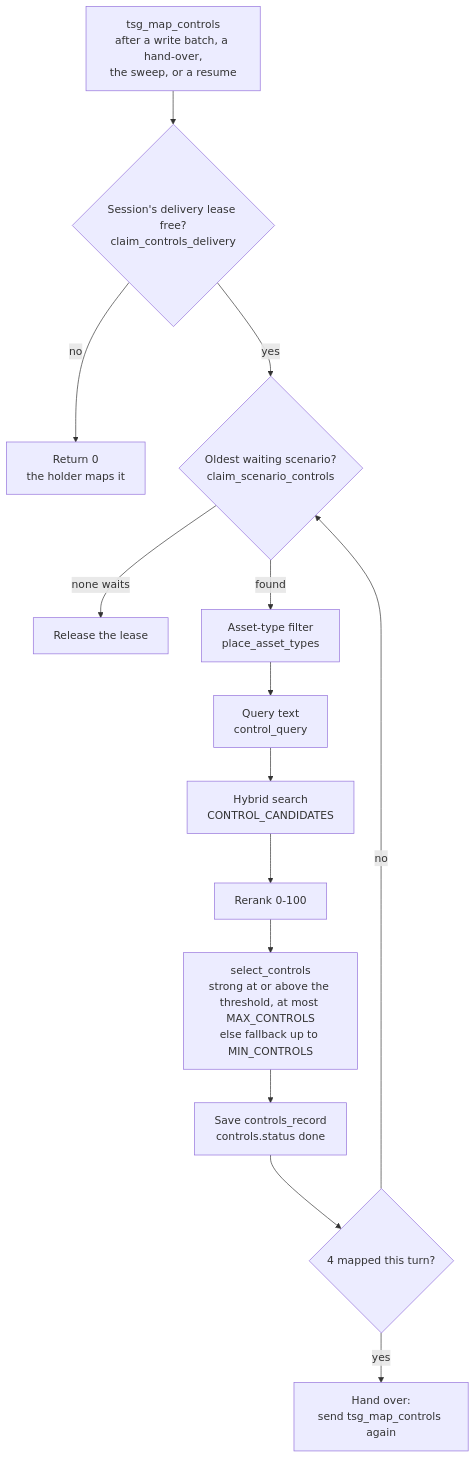
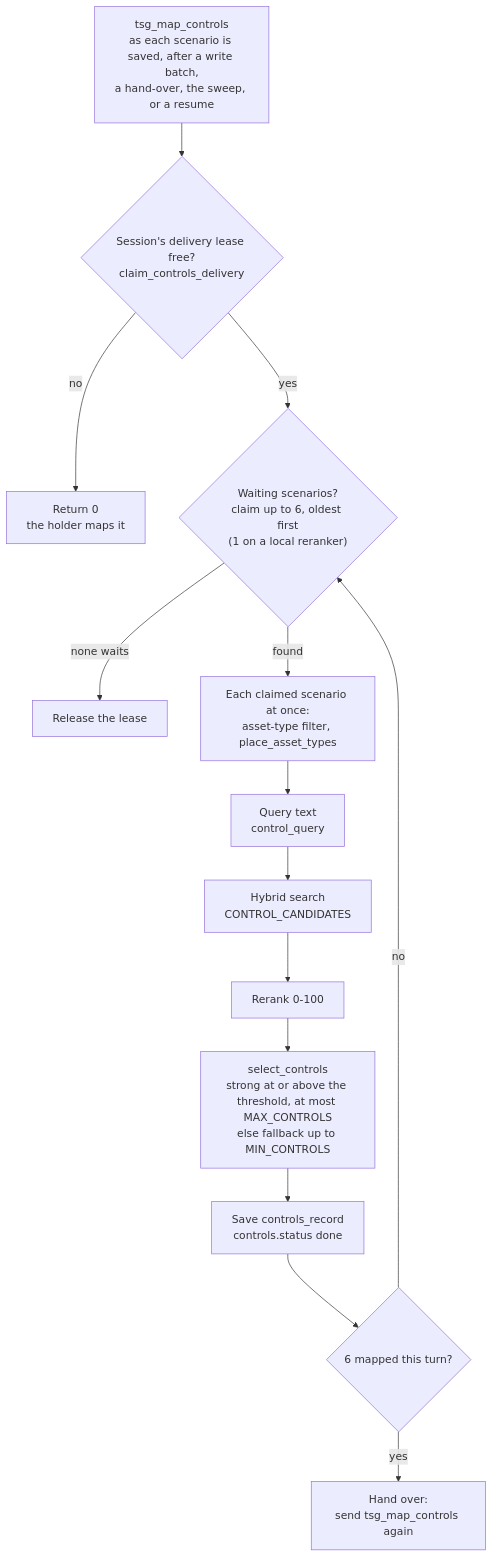
Before and after one commit to gopalchettri/cii: the tenth of 13 diagrams in docs/TSG_END_TO_END_FLOW.md, drawn with Mermaid. The commit also changed other lines of this file and 103 other files, not shown here.

````diff
--- a/docs/TSG_END_TO_END_FLOW.md
+++ b/docs/TSG_END_TO_END_FLOW.md
@@ -2820,16 +2844,16 @@
 ```mermaid
 flowchart TB
-    M["tsg_map_controls<br/>after a write batch, a hand-over,<br/>the sweep, or a resume"] --> L{"Session's delivery lease free?<br/>claim_controls_delivery"}
+    M["tsg_map_controls<br/>as each scenario is saved, after a write batch,<br/>a hand-over, the sweep, or a resume"] --> L{"Session's delivery lease free?<br/>claim_controls_delivery"}
     L -- no --> X["Return 0<br/>the holder maps it"]
-    L -- yes --> C{"Oldest waiting scenario?<br/>claim_scenario_controls"}
+    L -- yes --> C{"Waiting scenarios?<br/>claim up to 6, oldest first<br/>(1 on a local reranker)"}
     C -- "none waits" --> RL["Release the lease"]
-    C -- found --> F["Asset-type filter<br/>place_asset_types"]
+    C -- found --> F["Each claimed scenario at once:<br/>asset-type filter, place_asset_types"]
     F --> Q["Query text<br/>control_query"]
     Q --> S["Hybrid search<br/>CONTROL_CANDIDATES"]
     S --> R["Rerank 0-100"]
     R --> K["select_controls<br/>strong at or above the threshold, at most MAX_CONTROLS<br/>else fallback up to MIN_CONTROLS"]
     K --> V["Save controls_record<br/>controls.status done"]
-    V --> N{"4 mapped this turn?"}
+    V --> N{"6 mapped this turn?"}
     N -- no --> C
     N -- yes --> HO["Hand over:<br/>send tsg_map_controls again"]
 ```
````
